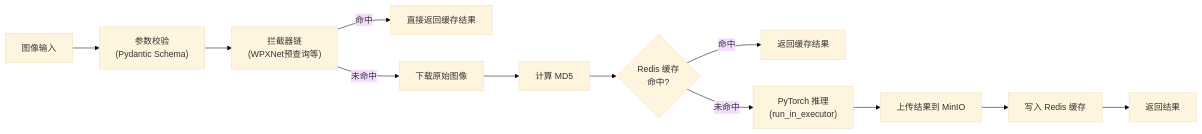
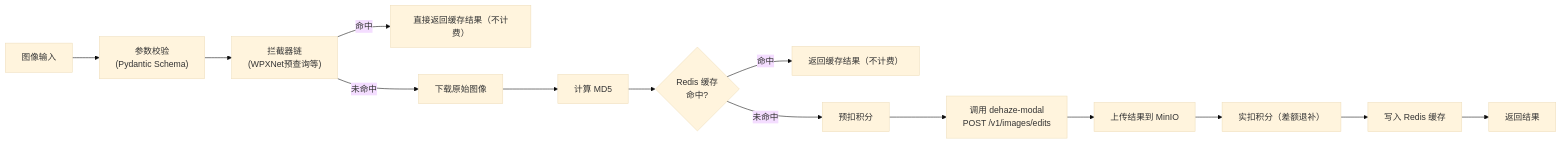
The third of 11 diagrams in dehaze-doc/docs/04-项目实现/后端/03-Python算法服务架构文档.md (earthy-zinc/dehaze-system), drawn with Mermaid (base theme) before and after one commit. The commit also changed other lines of this file and 239 other files, not shown here.

````diff
--- a/dehaze-doc/docs/04-项目实现/后端/03-Python算法服务架构文档.md
+++ b/dehaze-doc/docs/04-项目实现/后端/03-Python算法服务架构文档.md
@@ -186,14 +184,16 @@
 ```mermaid
 flowchart LR
     Input["图像输入"] --> Validate["参数校验<br/>(Pydantic Schema)"]
     Validate --> Interceptor["拦截器链<br/>(WPXNet预查询等)"]
-    Interceptor -->|命中| Return1["直接返回缓存结果"]
+    Interceptor -->|命中| Return1["直接返回缓存结果（不计费）"]
     Interceptor -->|未命中| Download["下载原始图像"]
     Download --> MD5["计算 MD5"]
     MD5 --> CacheCheck{"Redis 缓存<br/>命中?"}
-    CacheCheck -->|命中| Return2["返回缓存结果"]
-    CacheCheck -->|未命中| Inference["PyTorch 推理<br/>(run_in_executor)"]
+    CacheCheck -->|命中| Return2["返回缓存结果（不计费）"]
+    CacheCheck -->|未命中| PreHold["预扣积分"]
+    PreHold --> Inference["调用 dehaze-modal<br/>POST /v1/images/edits"]
     Inference --> Upload["上传结果到 MinIO"]
-    Upload --> Cache["写入 Redis 缓存"]
+    Upload --> Settle["实扣积分（差额退补）"]
+    Settle --> Cache["写入 Redis 缓存"]
     Cache --> Return3["返回结果"]
 ```
````
